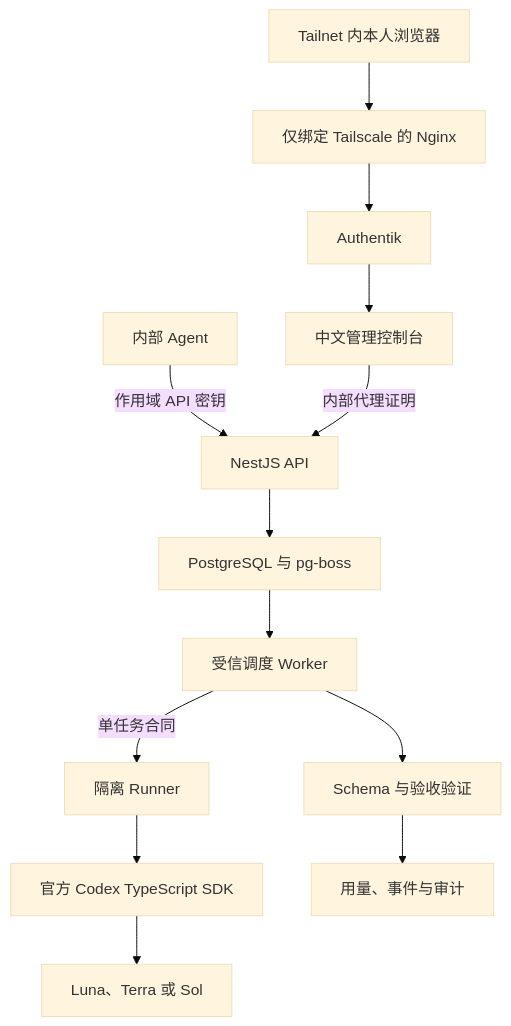
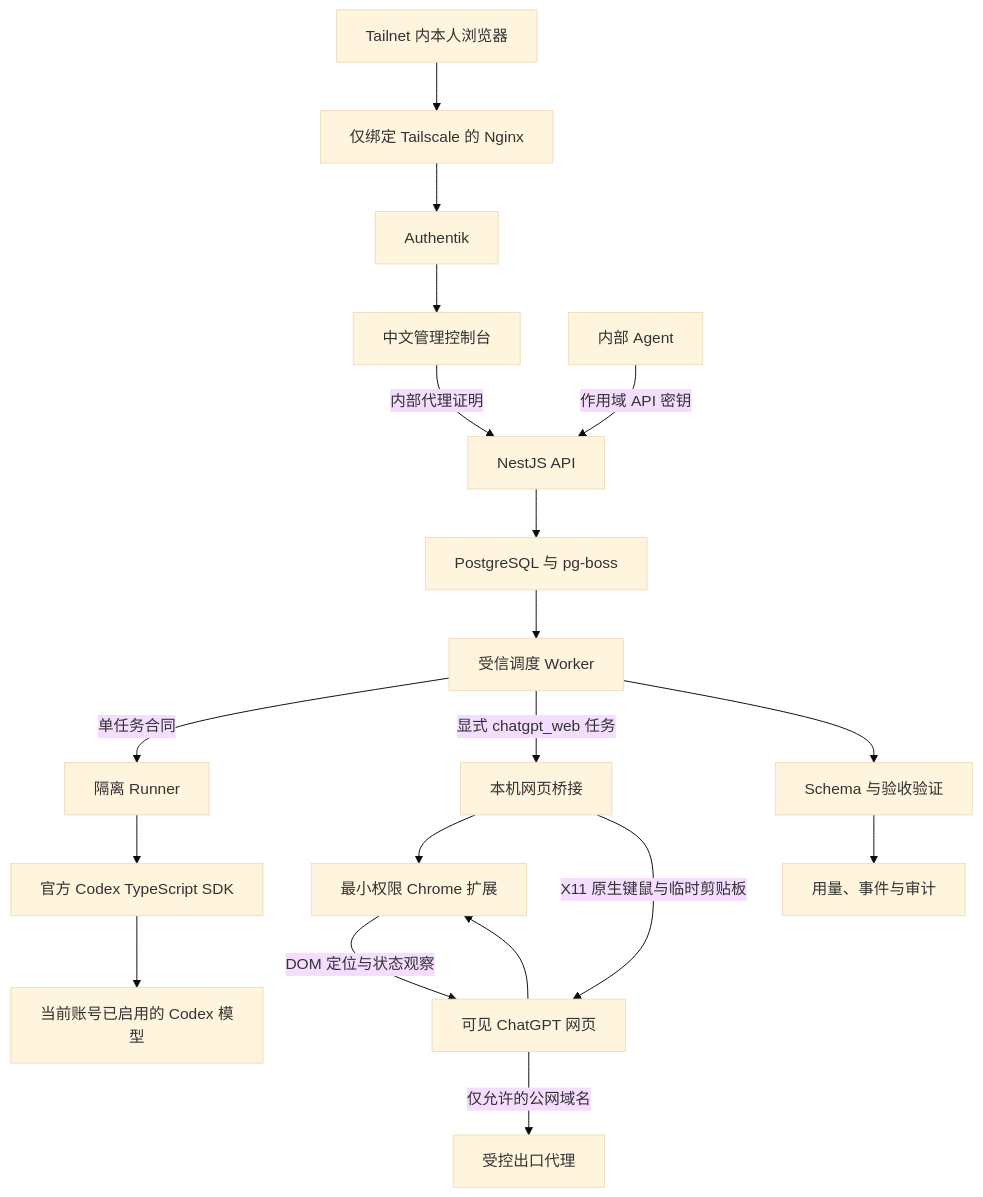
One commit to AIALRA-0/AIALRA-CODEX-API changed the diagram in README.md. Above: the diagram before and after it, drawn with Mermaid (base theme). The commit also changed other lines of this file and 106 other files, not shown here.

````diff
--- a/README.md
+++ b/README.md
@@ -165,15 +249,21 @@
 ```mermaid
 flowchart TD
     D[Tailnet 内本人浏览器] --> B[仅绑定 Tailscale 的 Nginx]
     B --> E[Authentik]
     E --> F[中文管理控制台]
     G[内部 Agent] -->|作用域 API 密钥| H[NestJS API]
     F -->|内部代理证明| H
     H --> I[PostgreSQL 与 pg-boss]
     I --> J[受信调度 Worker]
     J -->|单任务合同| K[隔离 Runner]
     K --> L[官方 Codex TypeScript SDK]
-    L --> M[Luna、Terra 或 Sol]
+    L --> M[当前账号已启用的 Codex 模型]
+    J -->|显式 chatgpt_web 任务| P[本机网页桥接]
+    P --> Q[最小权限 Chrome 扩展]
+    Q -->|DOM 定位与状态观察| R[可见 ChatGPT 网页]
+    P -->|X11 原生键鼠与临时剪贴板| R
+    R --> Q
+    R -->|仅允许的公网域名| S[受控出口代理]
     J --> N[Schema 与验收验证]
     N --> O[用量、事件与审计]
 ```
````
